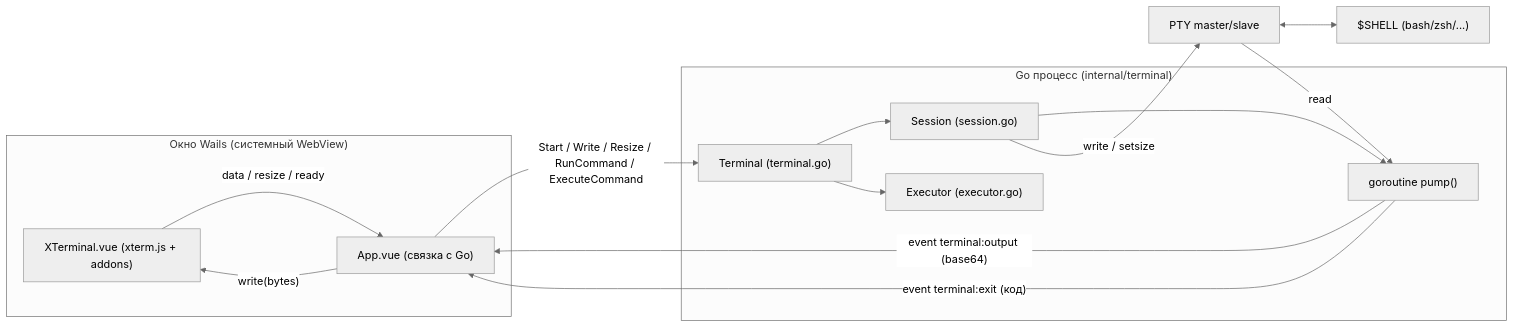
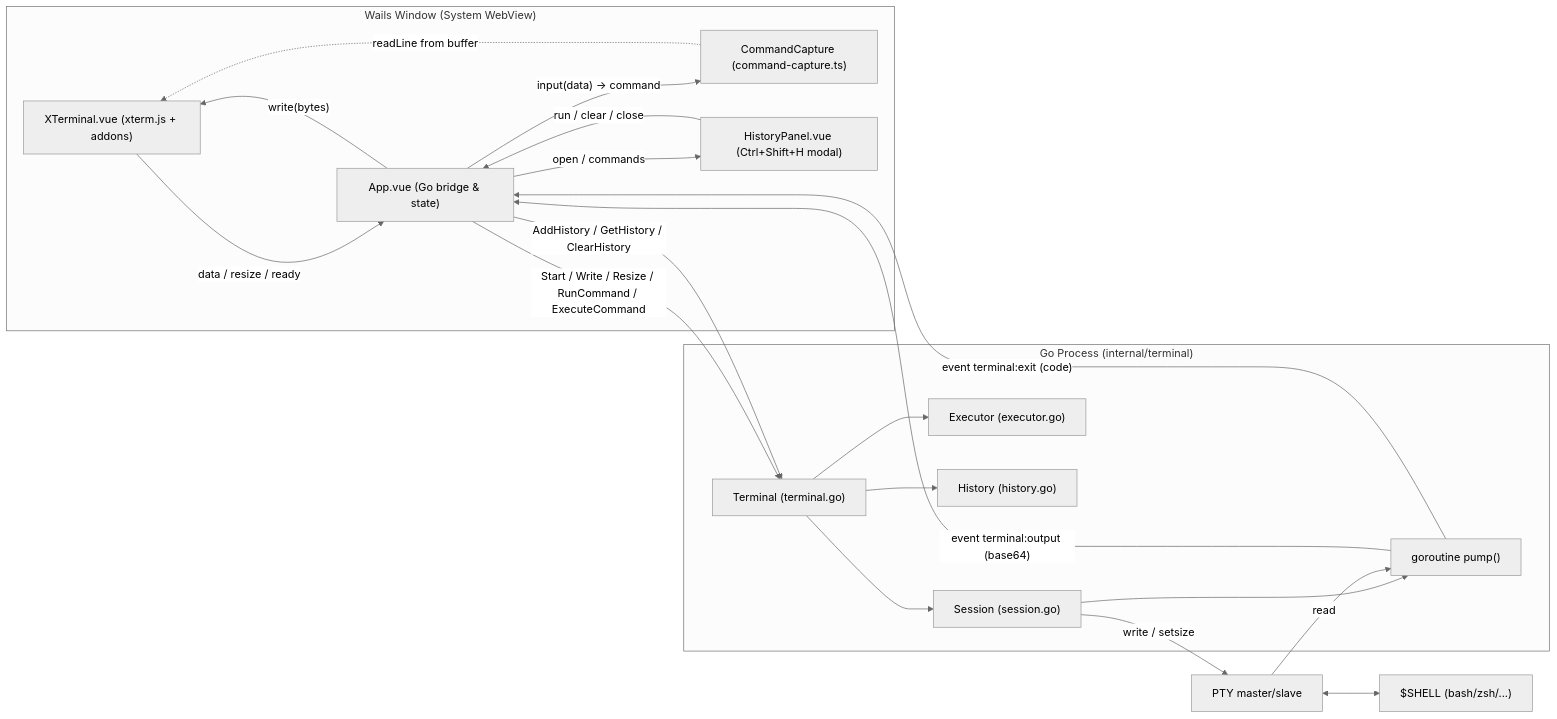
The first of 2 diagrams in how-it-words.md (Khudo-R/kutex), drawn with Mermaid (neutral theme) before and after one commit. The commit also changed other lines of this file and 298 other files, not shown here.

Commit message:
Add terminal history, refactor frontend modules, and update agent skills

````diff
--- a/how-it-words.md
+++ b/how-it-words.md
@@ -13,29 +10,40 @@
 ```mermaid
 flowchart LR
-    subgraph Window["Окно Wails (системный WebView)"]
+    subgraph Window["Wails Window (System WebView)"]
         XT["XTerminal.vue (xterm.js + addons)"]
-        APP["App.vue (связка с Go)"]
+        CC["CommandCapture (command-capture.ts)"]
+        HP["HistoryPanel.vue (Ctrl+Shift+H modal)"]
+        APP["App.vue (Go bridge & state)"]
+
         XT -- "data / resize / ready" --> APP
+        APP -- "input(data) → command" --> CC
+        CC -. "readLine from buffer" .-> XT
         APP -- "write(bytes)" --> XT
+        APP -- "open / commands" --> HP
+        HP -- "run / clear / close" --> APP
     end
 
-    subgraph Go["Go процесс (internal/terminal)"]
+    subgraph Go["Go Process (internal/terminal)"]
         T["Terminal (terminal.go)"]
         S["Session (session.go)"]
         E["Executor (executor.go)"]
+        H["History (history.go)"]
         PUMP["goroutine pump()"]
+
         T --> S
         T --> E
+        T --> H
         S --> PUMP
     end
 
     PTY["PTY master/slave"]
     SH["$SHELL (bash/zsh/...)"]
 
     APP -- "Start / Write / Resize / RunCommand / ExecuteCommand" --> T
+    APP -- "AddHistory / GetHistory / ClearHistory" --> T
     S -- "write / setsize" --> PTY
     PTY <--> SH
     PTY -- "read" --> PUMP
     PUMP -- "event terminal:output (base64)" --> APP
-    PUMP -- "event terminal:exit (код)" --> APP
+    PUMP -- "event terminal:exit (code)" --> APP
 ```
````
